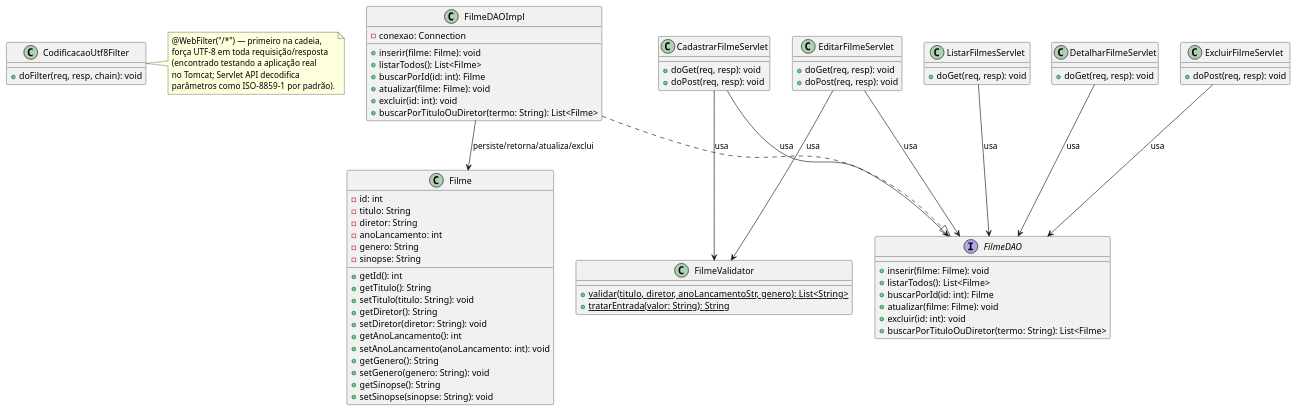
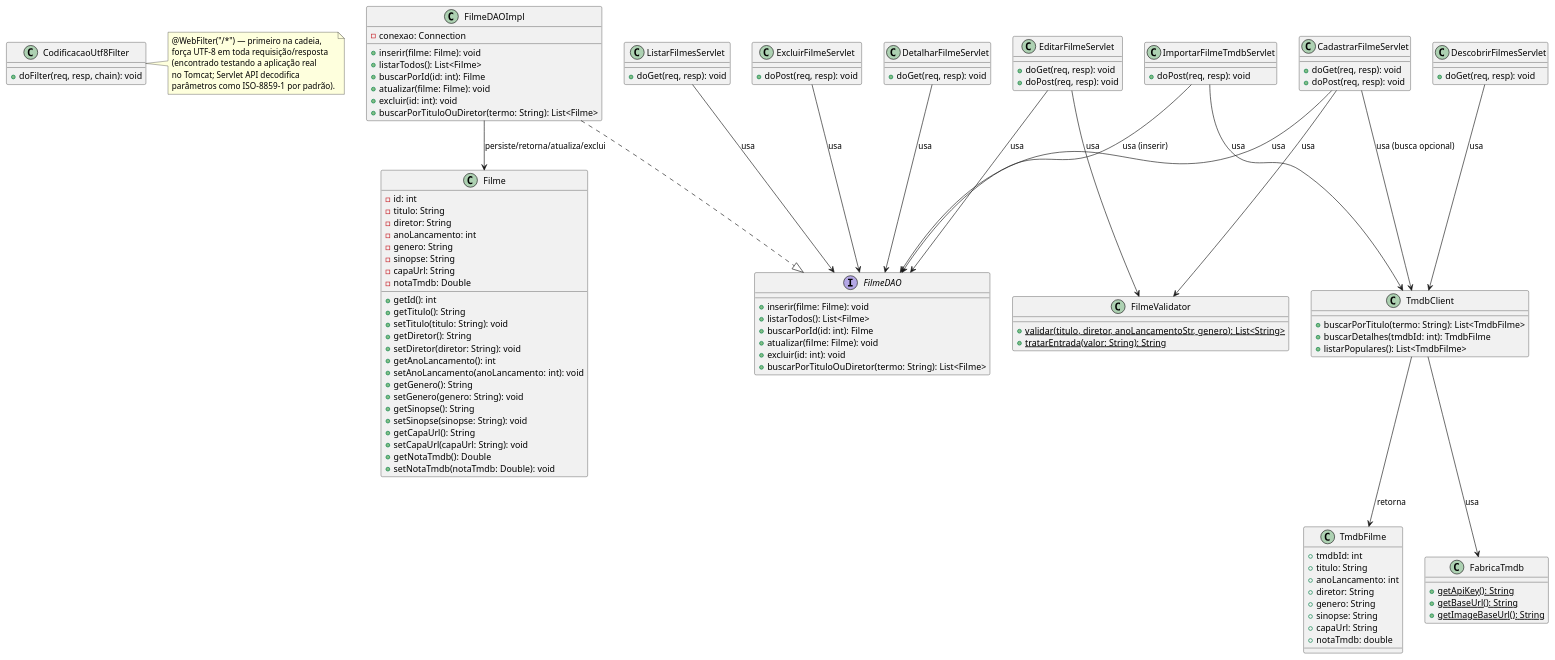
One commit to 0xgabinio/Projeto_Java changed the diagram in docs/modelagem/diagrama-classes-geral.puml. Above: the diagram before and after it, drawn with PlantUML.

Commit message:
docs(modelagem): update class diagram for capaUrl/notaTmdb and TMDB integration

```diff
--- a/docs/modelagem/diagrama-classes-geral.puml
+++ b/docs/modelagem/diagrama-classes-geral.puml
@@ -1,94 +1,138 @@
 @startuml diagrama-classes-geral
 ' Diagrama de classes consolidado do Catálogo Simples de Filmes.
 ' Acumulado incrementalmente pela skill modelar-uml a cada spec modelada.
 ' Origem desta versão: specs/cadastrar-filme.md, specs/listar-filmes.md, specs/detalhar-filme.md,
-' specs/editar-filme.md, specs/excluir-filme.md, specs/buscar-filme.md.
+' specs/editar-filme.md, specs/excluir-filme.md, specs/buscar-filme.md,
+' specs/integrar-tmdb.md, specs/estilizar-interface.md.
 
 class Filme {
   -id: int
   -titulo: String
   -diretor: String
   -anoLancamento: int
   -genero: String
   -sinopse: String
+  -capaUrl: String
+  -notaTmdb: Double
   +getId(): int
   +getTitulo(): String
   +setTitulo(titulo: String): void
   +getDiretor(): String
   +setDiretor(diretor: String): void
   +getAnoLancamento(): int
   +setAnoLancamento(anoLancamento: int): void
   +getGenero(): String
   +setGenero(genero: String): void
   +getSinopse(): String
   +setSinopse(sinopse: String): void
+  +getCapaUrl(): String
+  +setCapaUrl(capaUrl: String): void
+  +getNotaTmdb(): Double
+  +setNotaTmdb(notaTmdb: Double): void
 }
 
 interface FilmeDAO {
   +inserir(filme: Filme): void
   +listarTodos(): List<Filme>
   +buscarPorId(id: int): Filme
   +atualizar(filme: Filme): void
   +excluir(id: int): void
   +buscarPorTituloOuDiretor(termo: String): List<Filme>
 }
 
 class FilmeDAOImpl {
   -conexao: Connection
   +inserir(filme: Filme): void
   +listarTodos(): List<Filme>
   +buscarPorId(id: int): Filme
   +atualizar(filme: Filme): void
   +excluir(id: int): void
   +buscarPorTituloOuDiretor(termo: String): List<Filme>
+}
+
+class TmdbFilme {
+  +tmdbId: int
+  +titulo: String
+  +anoLancamento: int
+  +diretor: String
+  +genero: String
+  +sinopse: String
+  +capaUrl: String
+  +notaTmdb: double
+}
+
+class FabricaTmdb {
+  +{static} getApiKey(): String
+  +{static} getBaseUrl(): String
+  +{static} getImageBaseUrl(): String
+}
+
+class TmdbClient {
+  +buscarPorTitulo(termo: String): List<TmdbFilme>
+  +buscarDetalhes(tmdbId: int): TmdbFilme
+  +listarPopulares(): List<TmdbFilme>
+}
+
+class DescobrirFilmesServlet {
+  +doGet(req, resp): void
+}
+
+class ImportarFilmeTmdbServlet {
+  +doPost(req, resp): void
 }
 
 class CadastrarFilmeServlet {
   +doGet(req, resp): void
   +doPost(req, resp): void
 }
 
 class ListarFilmesServlet {
   +doGet(req, resp): void
 }
 
 class DetalharFilmeServlet {
   +doGet(req, resp): void
 }
 
 class EditarFilmeServlet {
   +doGet(req, resp): void
   +doPost(req, resp): void
 }
 
 class ExcluirFilmeServlet {
   +doPost(req, resp): void
 }
 
 class FilmeValidator {
   +{static} validar(titulo, diretor, anoLancamentoStr, genero): List<String>
   +{static} tratarEntrada(valor: String): String
 }
 
 class CodificacaoUtf8Filter {
   +doFilter(req, resp, chain): void
 }
 note right of CodificacaoUtf8Filter
   @WebFilter("/*") — primeiro na cadeia,
   força UTF-8 em toda requisição/resposta
   (encontrado testando a aplicação real
   no Tomcat; Servlet API decodifica
   parâmetros como ISO-8859-1 por padrão).
 end note
 
 FilmeDAOImpl ..|> FilmeDAO
 CadastrarFilmeServlet --> FilmeDAO : usa
 CadastrarFilmeServlet --> FilmeValidator : usa
 ListarFilmesServlet --> FilmeDAO : usa
 DetalharFilmeServlet --> FilmeDAO : usa
 EditarFilmeServlet --> FilmeDAO : usa
 EditarFilmeServlet --> FilmeValidator : usa
 ExcluirFilmeServlet --> FilmeDAO : usa
 FilmeDAOImpl --> Filme : persiste/retorna/atualiza/exclui
+TmdbClient --> FabricaTmdb : usa
+TmdbClient --> TmdbFilme : retorna
+DescobrirFilmesServlet --> TmdbClient : usa
+ImportarFilmeTmdbServlet --> TmdbClient : usa
+ImportarFilmeTmdbServlet --> FilmeDAO : usa (inserir)
+CadastrarFilmeServlet --> TmdbClient : usa (busca opcional)
 
 @enduml
```
